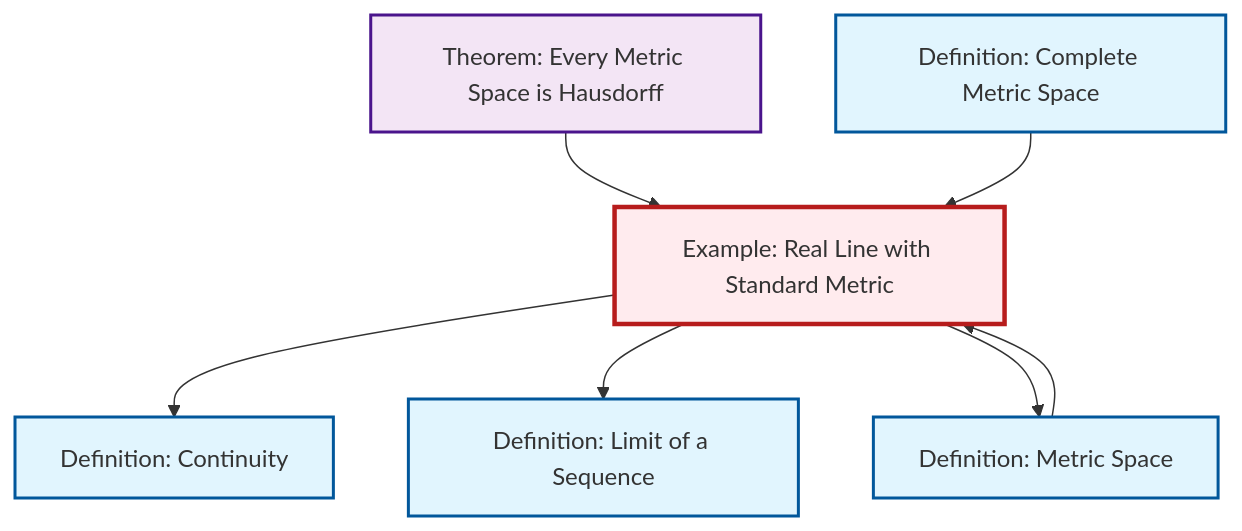
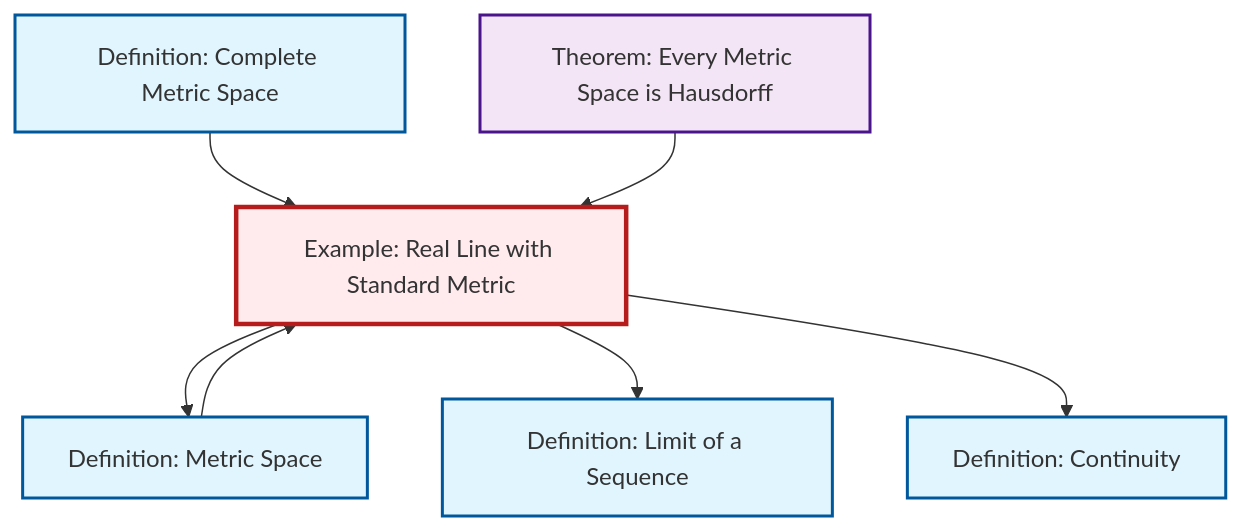
One commit to RK0429/ModernMath changed the diagram in output/mermaid/ex-real-line-metric.mermaid. Above: the diagram before and after it, drawn with Mermaid. The commit also changed other lines of this file and 1119 other files, not shown here.

````diff
--- a/output/mermaid/ex-real-line-metric.mermaid
+++ b/output/mermaid/ex-real-line-metric.mermaid
@@ -1,22 +1,22 @@
 ```{mermaid}
 %%| fig-cap: "Local dependency graph"
 graph TD
     classDef definition fill:#e1f5fe,stroke:#01579b,stroke-width:2px
     classDef theorem fill:#f3e5f5,stroke:#4a148c,stroke-width:2px
     classDef axiom fill:#fff3e0,stroke:#e65100,stroke-width:2px
     classDef example fill:#e8f5e9,stroke:#1b5e20,stroke-width:2px
     classDef current fill:#ffebee,stroke:#b71c1c,stroke-width:3px
+    thm-metric-hausdorff["Theorem: Every Metric Space is Hausdorff"]:::theorem
     ex-real-line-metric["Example: Real Line with Standard Metric"]:::example
-    thm-metric-hausdorff["Theorem: Every Metric Space is Hausdorff"]:::theorem
+    def-complete-metric-space["Definition: Complete Metric Space"]:::definition
     def-limit["Definition: Limit of a Sequence"]:::definition
+    def-continuity["Definition: Continuity"]:::definition
     def-metric-space["Definition: Metric Space"]:::definition
-    def-complete-metric-space["Definition: Complete Metric Space"]:::definition
-    def-continuity["Definition: Continuity"]:::definition
+    def-complete-metric-space --> ex-real-line-metric
+    def-metric-space --> ex-real-line-metric
+    ex-real-line-metric --> def-metric-space
+    ex-real-line-metric --> def-limit
+    thm-metric-hausdorff --> ex-real-line-metric
     ex-real-line-metric --> def-continuity
-    def-metric-space --> ex-real-line-metric
-    ex-real-line-metric --> def-limit
-    ex-real-line-metric --> def-metric-space
-    thm-metric-hausdorff --> ex-real-line-metric
-    def-complete-metric-space --> ex-real-line-metric
     class ex-real-line-metric current
 ```
````
